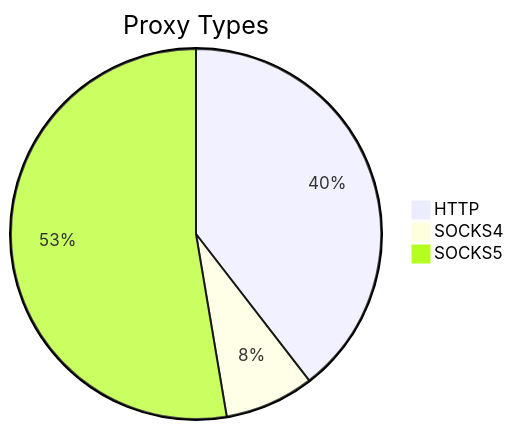
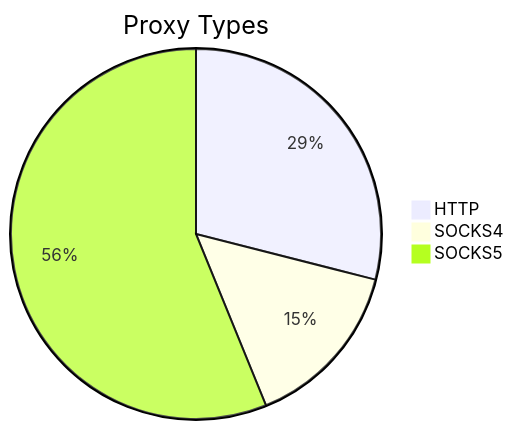
Before and after one commit to stormsia/proxy-list: the first of 2 diagrams in README.md, drawn with Mermaid. The commit also changed other lines of this file, not shown here.

````diff
--- a/README.md
+++ b/README.md
@@ -21,6 +21,6 @@
 ```mermaid
 pie title Proxy Types
-    "HTTP" : 253
-    "SOCKS4" : 50
-    "SOCKS5" : 337
+    "HTTP" : 115
+    "SOCKS4" : 59
+    "SOCKS5" : 223
 ```
````
